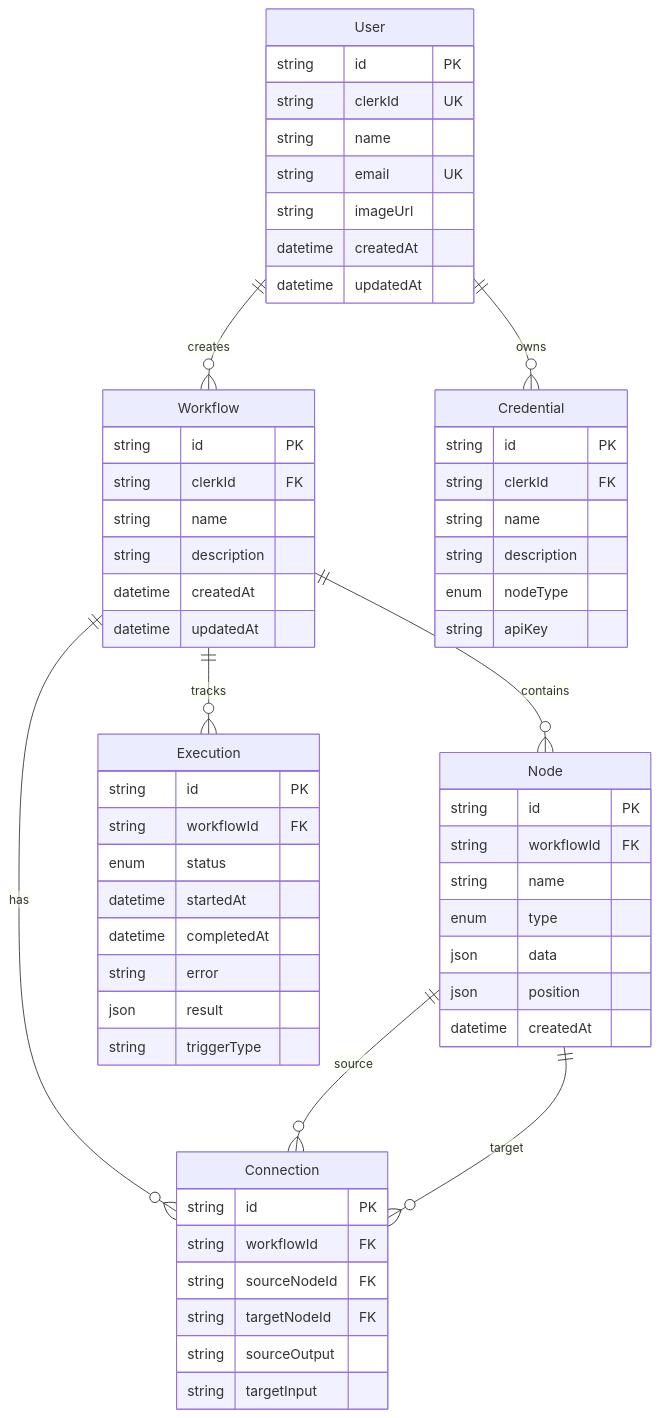
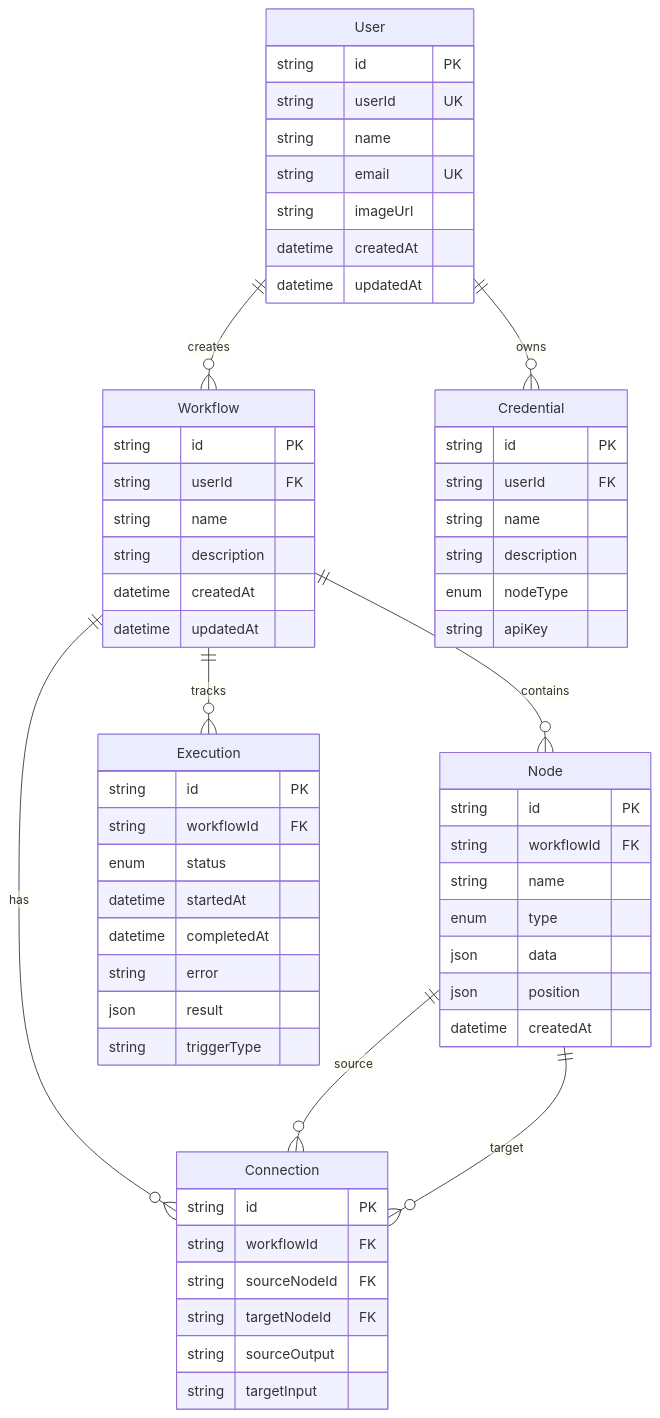
The third of 4 diagrams in README.md (lwshakib/a2a-agentic-workflow-automation), drawn with Mermaid before and after one commit. The commit also changed other lines of this file and 34 other files, not shown here.

First line of the commit message:
refactor(auth): replace Clerk with BetterAuth for user authentication

````diff
--- a/README.md
+++ b/README.md
@@ -106,68 +106,68 @@
 ```mermaid
 erDiagram
     User ||--o{ Workflow : creates
     User ||--o{ Credential : owns
     Workflow ||--o{ Node : contains
     Workflow ||--o{ Connection : has
     Workflow ||--o{ Execution : tracks
     Node ||--o{ Connection : source
     Node ||--o{ Connection : target
 
     User {
         string id PK
-        string clerkId UK
+        string userId UK
         string name
         string email UK
         string imageUrl
         datetime createdAt
         datetime updatedAt
     }
 
     Workflow {
         string id PK
-        string clerkId FK
+        string userId FK
         string name
         string description
         datetime createdAt
         datetime updatedAt
     }
 
     Node {
         string id PK
         string workflowId FK
         string name
         enum type
         json data
         json position
         datetime createdAt
     }
 
     Connection {
         string id PK
         string workflowId FK
         string sourceNodeId FK
         string targetNodeId FK
         string sourceOutput
         string targetInput
     }
 
     Credential {
         string id PK
-        string clerkId FK
+        string userId FK
         string name
         string description
         enum nodeType
         string apiKey
     }
 
     Execution {
         string id PK
         string workflowId FK
         enum status
         datetime startedAt
         datetime completedAt
         string error
         json result
         string triggerType
     }
 ```
````
